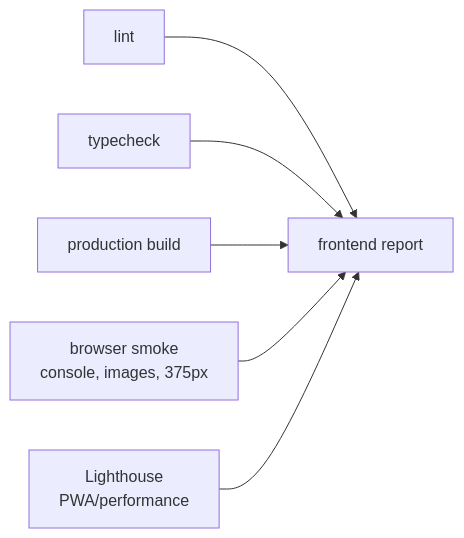
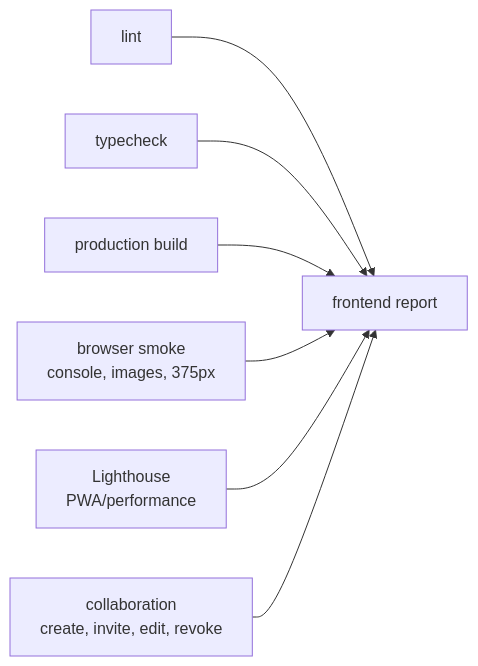
The third of 4 diagrams in docs/testing-harness.md (EmmiSiu/rommag_studio), drawn with Mermaid before and after one commit. The commit also changed other lines of this file and 19 other files, not shown here.

````diff
--- a/docs/testing-harness.md
+++ b/docs/testing-harness.md
@@ -43,14 +46,16 @@
 ```mermaid
 flowchart LR
     lint["lint"]
     typecheck["typecheck"]
     build["production build"]
     browser["browser smoke\nconsole, images, 375px"]
     lighthouse["Lighthouse\nPWA/performance"]
+    collaboration["collaboration\ncreate, invite, edit, revoke"]
 
     lint --> report["frontend report"]
     typecheck --> report
     build --> report
     browser --> report
     lighthouse --> report
+    collaboration --> report
 ```
````
